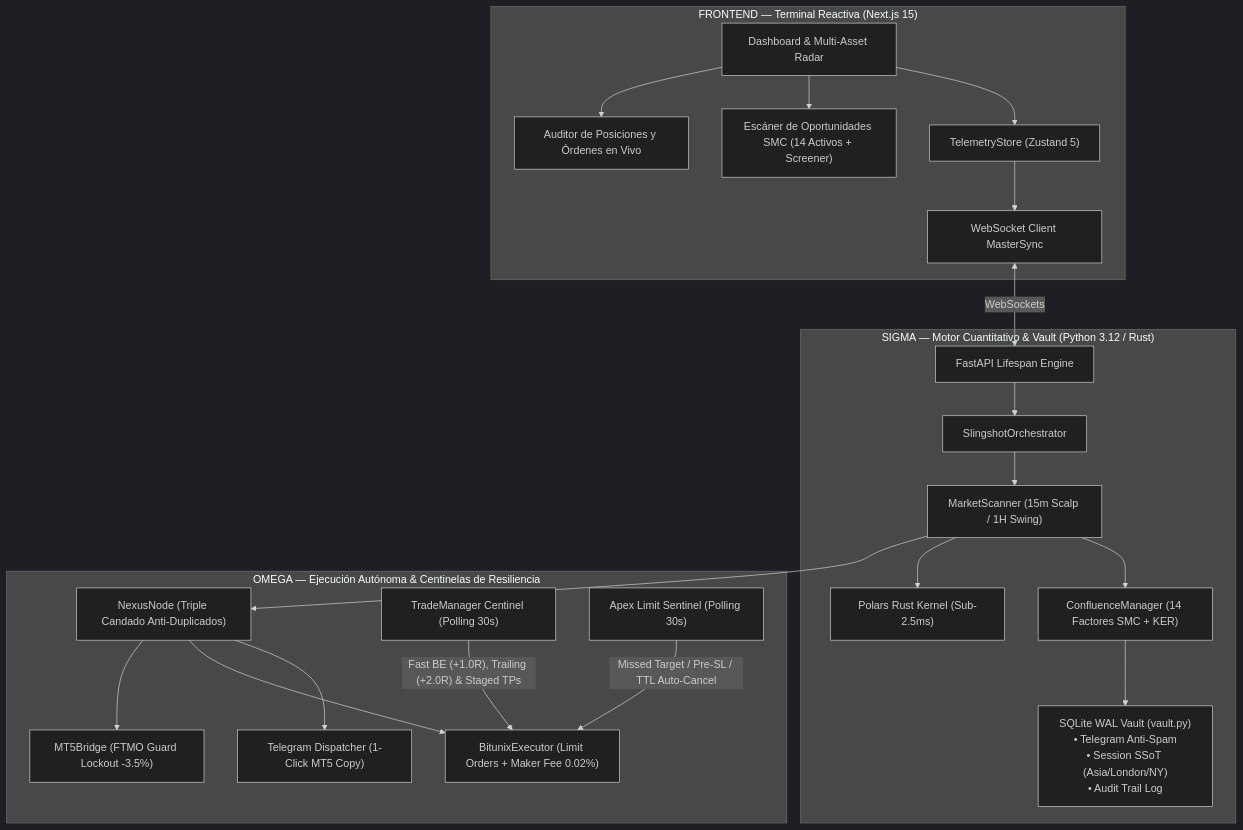
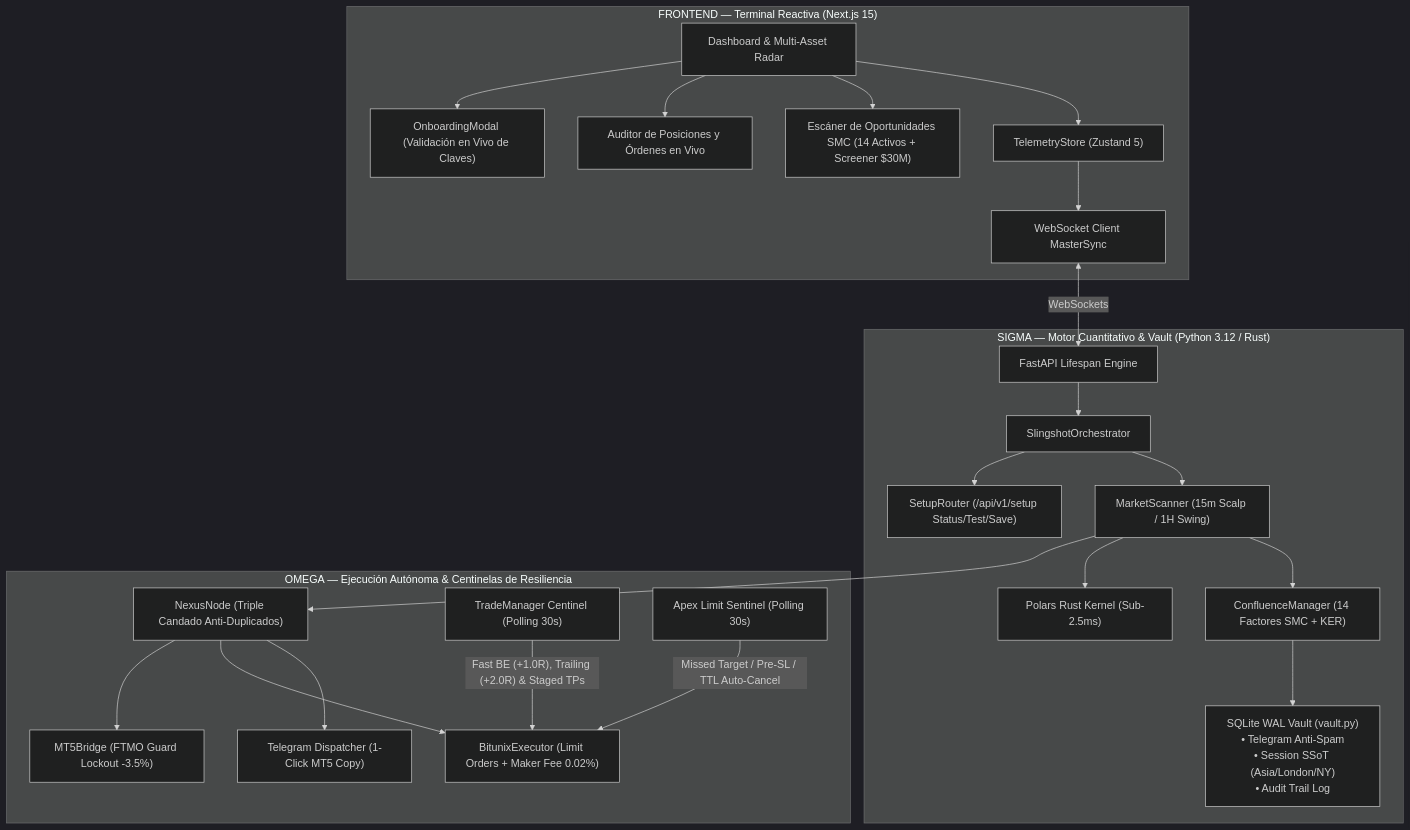
The diagram in docs/SLINGSHOT_BIBLE_V22.md (matiquelmec/Slingshot), drawn with Mermaid (dark theme) before and after one commit. The commit also changed other lines of this file and 14 other files, not shown here.

Commit message:
docs(v22.2): update SLINGSHOT_BIBLE_V22 and ESTRUCTURA_PROYECTO to faithfully reflect v22.2 architecture, 50 QA tests, 1-click installer and onboarding wizard

````diff
--- a/docs/SLINGSHOT_BIBLE_V22.md
+++ b/docs/SLINGSHOT_BIBLE_V22.md
@@ -24,28 +25,30 @@
 ```mermaid
 graph TB
     subgraph "FRONTEND — Terminal Reactiva (Next.js 15)"
         A["Dashboard & Multi-Asset Radar"] --> B["TelemetryStore (Zustand 5)"]
         B --> C["WebSocket Client MasterSync"]
-        A --> D["Escáner de Oportunidades SMC (14 Activos + Screener)"]
+        A --> D["Escáner de Oportunidades SMC (14 Activos + Screener $30M)"]
         A --> E["Auditor de Posiciones y Órdenes en Vivo"]
+        A --> OB["OnboardingModal (Validación en Vivo de Claves)"]
     end
 
     subgraph "SIGMA — Motor Cuantitativo & Vault (Python 3.12 / Rust)"
         J["FastAPI Lifespan Engine"] --> K["SlingshotOrchestrator"]
         K --> L["MarketScanner (15m Scalp / 1H Swing)"]
+        K --> SETUP["SetupRouter (/api/v1/setup Status/Test/Save)"]
         L --> M["ConfluenceManager (14 Factores SMC + KER)"]
         L --> N["Polars Rust Kernel (Sub-2.5ms)"]
         M --> V["SQLite WAL Vault (vault.py)<br/>• Telegram Anti-Spam<br/>• Session SSoT (Asia/London/NY)<br/>• Audit Trail Log"]
     end
 
     subgraph "OMEGA — Ejecución Autónoma & Centinelas de Resiliencia"
         L --> NX["NexusNode (Triple Candado Anti-Duplicados)"]
         NX --> T["Telegram Dispatcher (1-Click MT5 Copy)"]
         NX --> BX["BitunixExecutor (Limit Orders + Maker Fee 0.02%)"]
         NX --> MT5["MT5Bridge (FTMO Guard Lockout -3.5%)"]
         TM["TradeManager Centinel (Polling 30s)"] --> |"Fast BE (+1.0R), Trailing (+2.0R) & Staged TPs"| BX
         LS["Apex Limit Sentinel (Polling 30s)"] --> |"Missed Target / Pre-SL / TTL Auto-Cancel"| BX
     end
 
     C <--> |"WebSockets"| J
 ```
````
